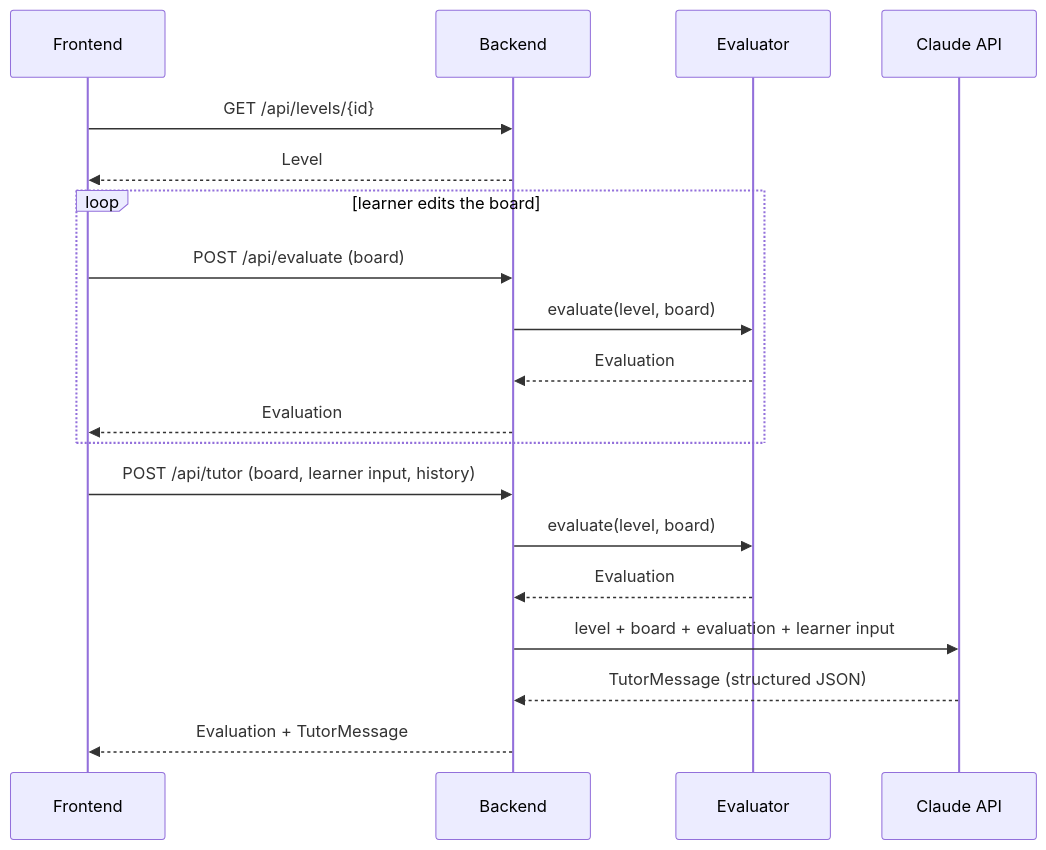
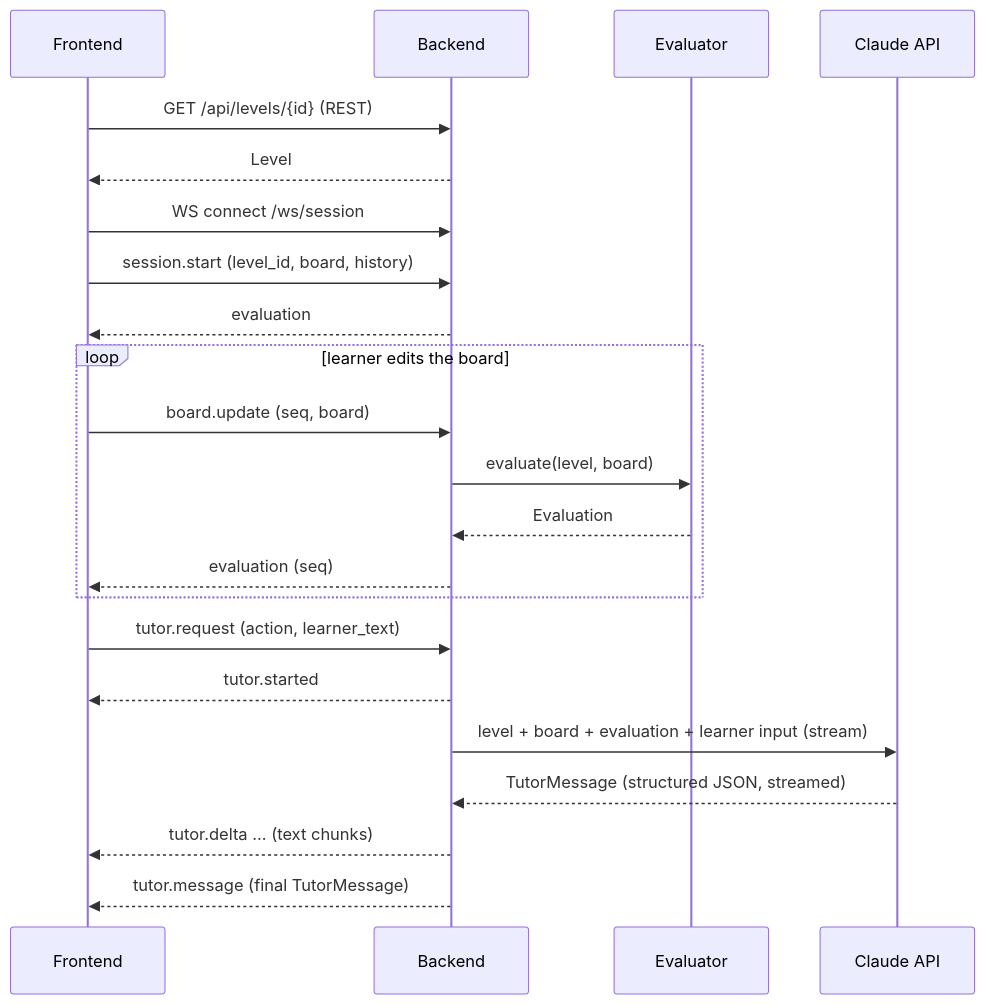
The diagram in docs/contract.md (VOxFF/schematics-ai-tutor), drawn with Mermaid before and after one commit. The commit also changed other lines of this file and 1 other file, not shown here.

First line of the commit message:
Use REST for levels and a WebSocket for the learning session

````diff
--- a/docs/contract.md
+++ b/docs/contract.md
@@ -5,22 +5,25 @@
 ```mermaid
 sequenceDiagram
     participant FE as Frontend
     participant BE as Backend
     participant EV as Evaluator
     participant C as Claude API
 
-    FE->>BE: GET /api/levels/{id}
+    FE->>BE: GET /api/levels/{id} (REST)
     BE-->>FE: Level
+    FE->>BE: WS connect /ws/session
+    FE->>BE: session.start (level_id, board, history)
+    BE-->>FE: evaluation
     loop learner edits the board
-        FE->>BE: POST /api/evaluate (board)
+        FE->>BE: board.update (seq, board)
         BE->>EV: evaluate(level, board)
         EV-->>BE: Evaluation
-        BE-->>FE: Evaluation
+        BE-->>FE: evaluation (seq)
     end
-    FE->>BE: POST /api/tutor (board, learner input, history)
-    BE->>EV: evaluate(level, board)
-    EV-->>BE: Evaluation
-    BE->>C: level + board + evaluation + learner input
-    C-->>BE: TutorMessage (structured JSON)
-    BE-->>FE: Evaluation + TutorMessage
+    FE->>BE: tutor.request (action, learner_text)
+    BE-->>FE: tutor.started
+    BE->>C: level + board + evaluation + learner input (stream)
+    C-->>BE: TutorMessage (structured JSON, streamed)
+    BE-->>FE: tutor.delta … (text chunks)
+    BE-->>FE: tutor.message (final TutorMessage)
 ```
````
